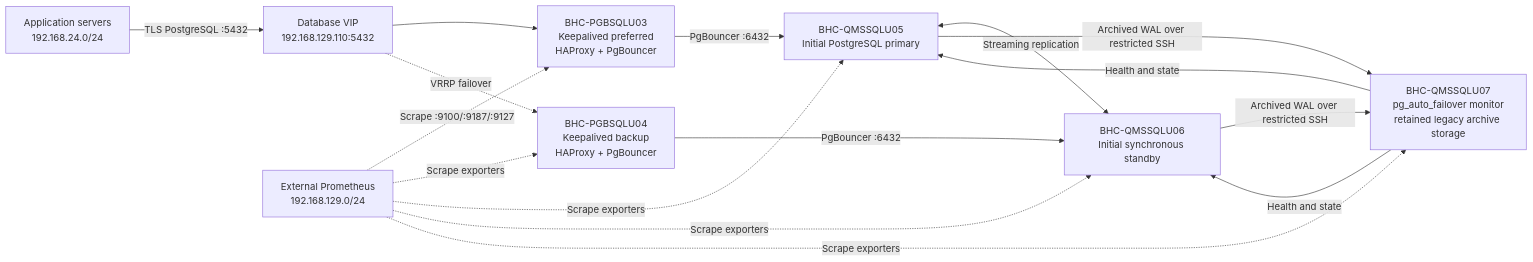
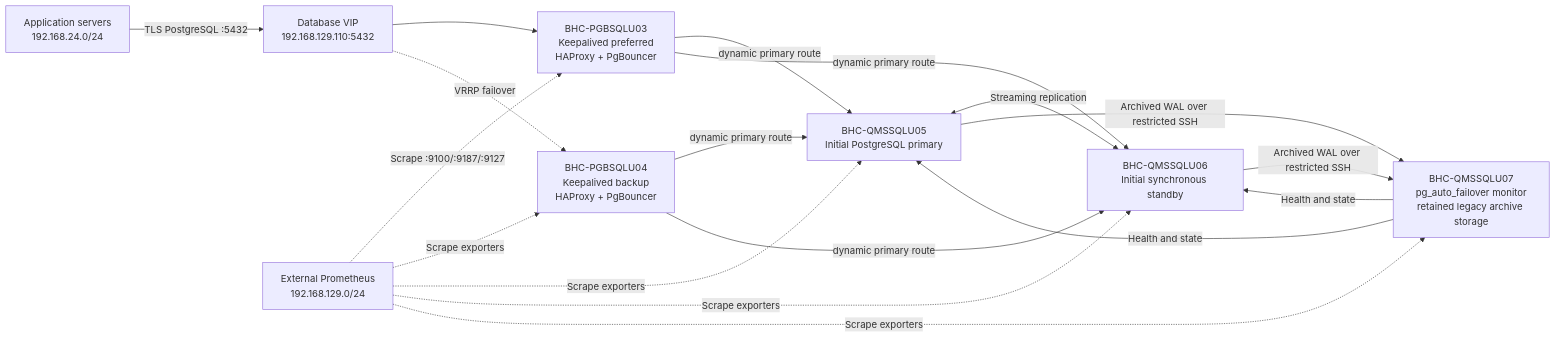
The diagram in ansible-pg-ha/UAT_ENVIRONMENT_HANDOVER.md (kavit-munshi/pg-ha), drawn with Mermaid before and after one commit. The commit also changed other lines of this file and 21 other files, not shown here.

Commit message:
Document dynamic HAProxy and PgBouncer failover routing

````diff
--- a/ansible-pg-ha/UAT_ENVIRONMENT_HANDOVER.md
+++ b/ansible-pg-ha/UAT_ENVIRONMENT_HANDOVER.md
@@ -61,27 +61,29 @@
 ```mermaid
 flowchart LR
     APP["Application servers<br/>192.168.24.0/24"]
     VIP["Database VIP<br/>192.168.129.110:5432"]
     R1["BHC-PGBSQLU03<br/>Keepalived preferred<br/>HAProxy + PgBouncer"]
     R2["BHC-PGBSQLU04<br/>Keepalived backup<br/>HAProxy + PgBouncer"]
     DB1["BHC-QMSSQLU05<br/>Initial PostgreSQL primary"]
     DB2["BHC-QMSSQLU06<br/>Initial synchronous standby"]
     MON["BHC-QMSSQLU07<br/>pg_auto_failover monitor<br/>retained legacy archive storage"]
     PROM["External Prometheus<br/>192.168.129.0/24"]
 
     APP -->|"TLS PostgreSQL :5432"| VIP
     VIP --> R1
     VIP -. "VRRP failover" .-> R2
-    R1 -->|"PgBouncer :6432"| DB1
-    R2 -->|"PgBouncer :6432"| DB2
+    R1 -->|"dynamic primary route"| DB1
+    R1 -->|"dynamic primary route"| DB2
+    R2 -->|"dynamic primary route"| DB1
+    R2 -->|"dynamic primary route"| DB2
     DB1 <-->|"Streaming replication"| DB2
     MON -->|"Health and state"| DB1
     MON -->|"Health and state"| DB2
     DB1 -->|"Archived WAL over restricted SSH"| MON
     DB2 -->|"Archived WAL over restricted SSH"| MON
     PROM -. "Scrape :9100/:9187/:9127" .-> R1
     PROM -. "Scrape exporters" .-> R2
     PROM -. "Scrape exporters" .-> DB1
     PROM -. "Scrape exporters" .-> DB2
     PROM -. "Scrape exporters" .-> MON
 ```
````
